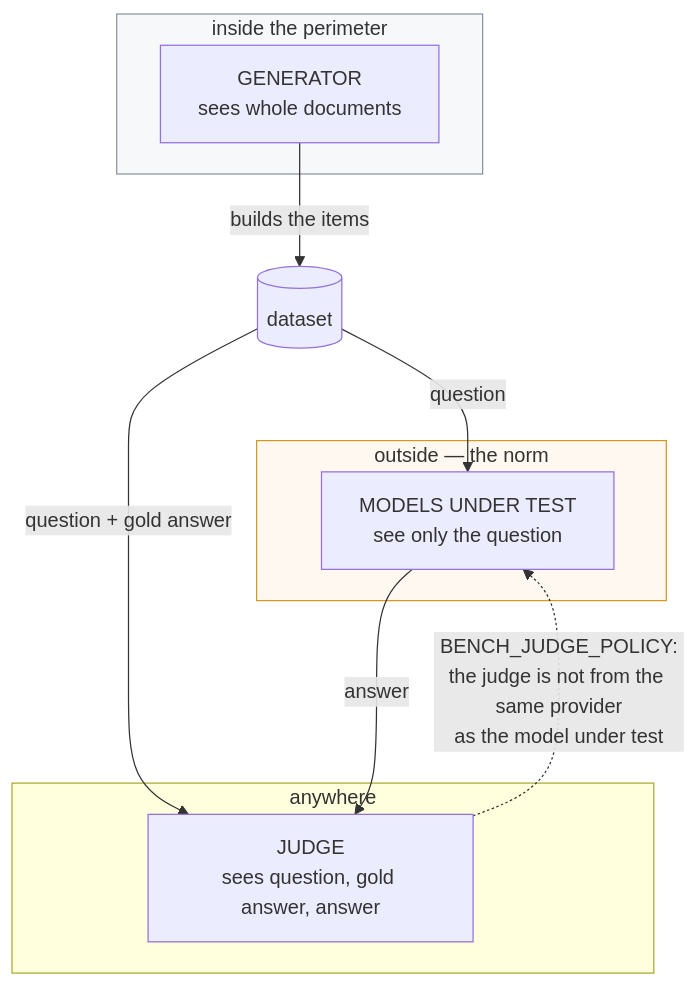
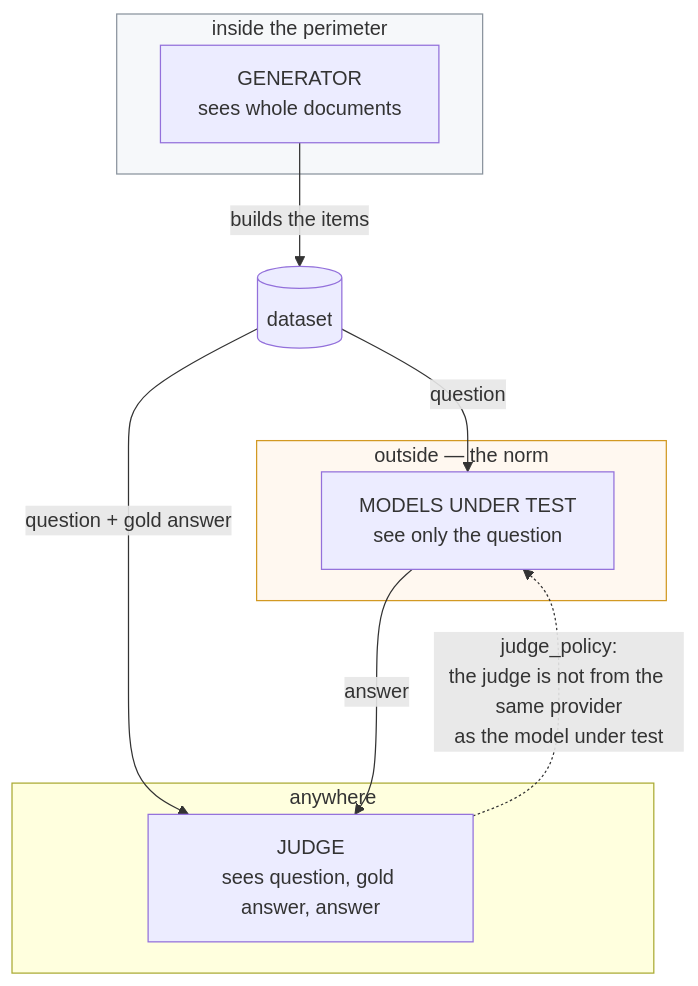
One commit to OpenMined/syft-space changed the diagram in packages/benchmark/docs/01-setup.md. Above: the diagram before and after it, drawn with Mermaid. The commit also changed other lines of this file and 112 other files, not shown here.

````diff
--- a/packages/benchmark/docs/01-setup.md
+++ b/packages/benchmark/docs/01-setup.md
@@ -172,21 +130,21 @@
 ```mermaid
 flowchart TB
     subgraph IN["inside the perimeter"]
         G["GENERATOR<br/>sees whole documents"]
     end
     subgraph OUT["outside — the norm"]
         S["MODELS UNDER TEST<br/>see only the question"]
     end
     subgraph ANY["anywhere"]
         J["JUDGE<br/>sees question, gold answer, answer"]
     end
 
     G -- "builds the items" --> DS[("dataset")]
     DS -- "question" --> S
     DS -- "question + gold answer" --> J
     S -- "answer" --> J
-    J -.->|"BENCH_JUDGE_POLICY:<br/>the judge is not from the same provider<br/>as the model under test"| S
+    J -.->|"judge_policy:<br/>the judge is not from the same provider<br/>as the model under test"| S
 
     style IN fill:#f6f8fa,stroke:#8b949e
     style OUT fill:#fff8f0,stroke:#d29922
 ```
````
